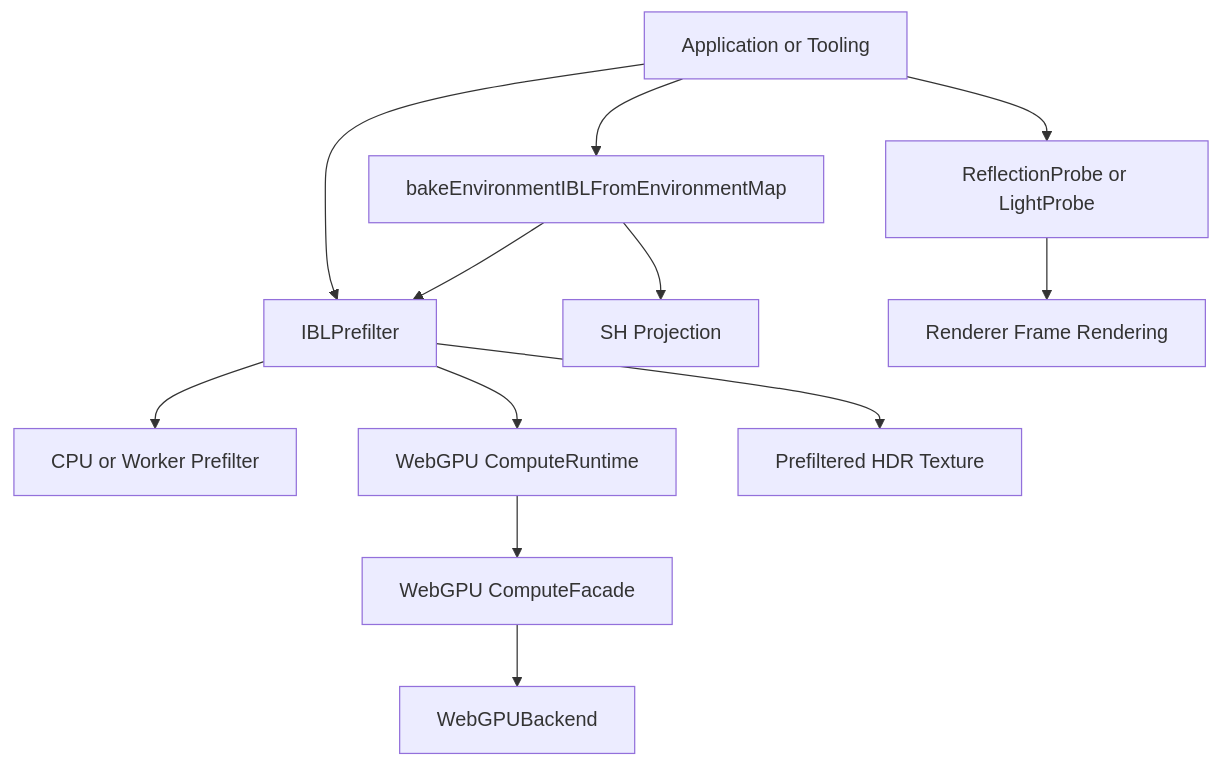
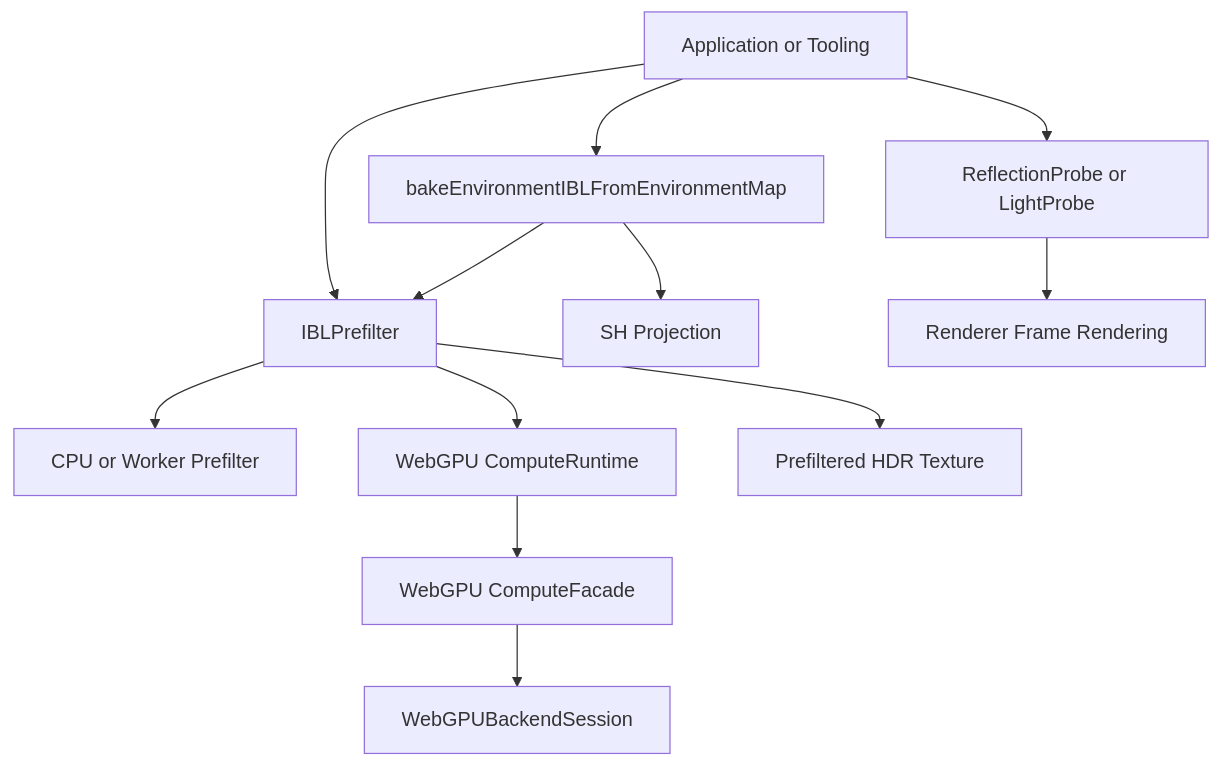
One commit to Kunelinmc/IgnisRenderer changed the diagram in docs/ibl-prefilter-contract.md. Above: the diagram before and after it, drawn with Mermaid. The commit also changed other lines of this file and 11 other files, not shown here.

First line of the commit message:
docs(renderers): update contract docs for backend session model

````diff
--- a/docs/ibl-prefilter-contract.md
+++ b/docs/ibl-prefilter-contract.md
@@ -13,14 +13,14 @@
 ```mermaid
 flowchart TD
 	App[Application or Tooling] --> Prefilter[IBLPrefilter]
 	App --> Baker[bakeEnvironmentIBLFromEnvironmentMap]
 	Baker --> SH[SH Projection]
 	Baker --> Prefilter
 	Prefilter --> CPU[CPU or Worker Prefilter]
 	Prefilter --> GPU[WebGPU ComputeRuntime]
 	GPU --> Facade[WebGPU ComputeFacade]
-	Facade --> Backend[WebGPUBackend]
+	Facade --> Session[WebGPUBackendSession]
 	Prefilter --> Texture[Prefiltered HDR Texture]
 	App --> Probe[ReflectionProbe or LightProbe]
 	Probe --> Renderer[Renderer Frame Rendering]
 ```
````
